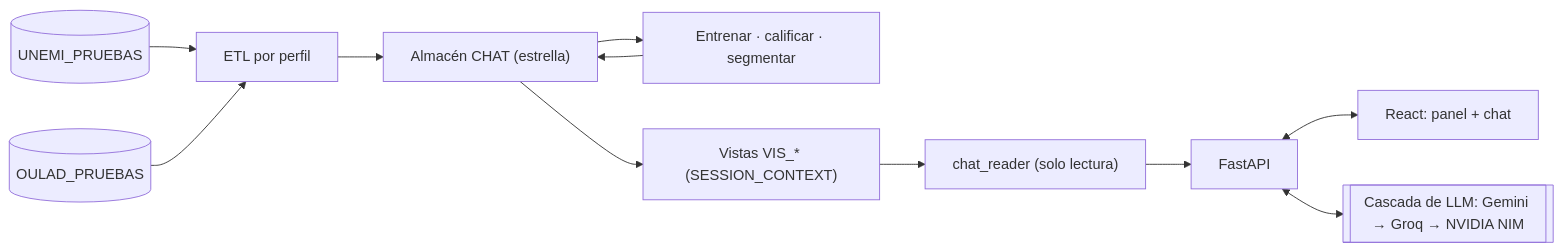
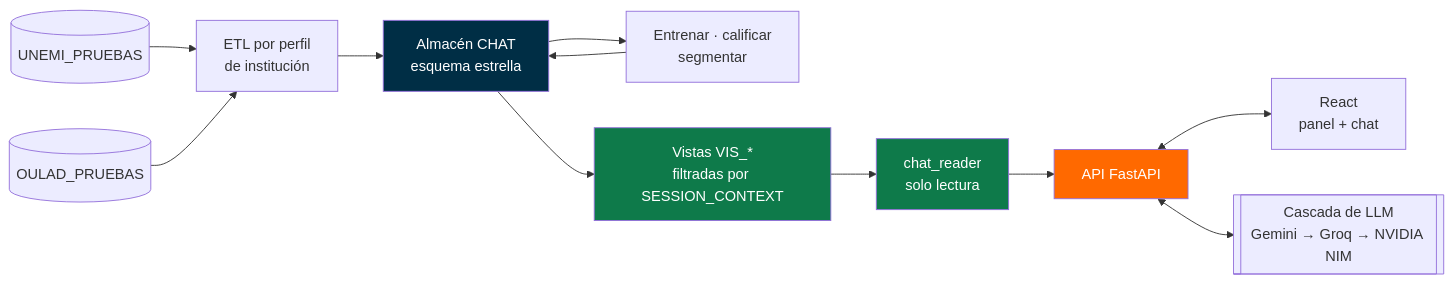
The diagram in README.md (Vm199524/PROYECTO-TITULACION-MARLON-VICTOR-UNEMI), drawn with Mermaid before and after one commit. The commit also changed other lines of this file, not shown here.

````diff
--- a/README.md
+++ b/README.md
@@ -56,10 +144,15 @@
 ```mermaid
 flowchart LR
-  U[("UNEMI_PRUEBAS")] --> E["ETL por perfil"]
+  U[("UNEMI_PRUEBAS")] --> E["ETL por perfil<br/>de institución"]
   O[("OULAD_PRUEBAS")] --> E
-  E --> W["Almacén CHAT (estrella)"]
-  W --> ML["Entrenar · calificar · segmentar"] --> W
-  W --> V["Vistas VIS_* (SESSION_CONTEXT)"] --> R["chat_reader (solo lectura)"] --> API["FastAPI"]
-  API <--> UI["React: panel + chat"]
-  API <--> LLM[["Cascada de LLM: Gemini → Groq → NVIDIA NIM"]]
+  E --> W["Almacén CHAT<br/>esquema estrella"]
+  W --> ML["Entrenar · calificar<br/>segmentar"] --> W
+  W --> V["Vistas VIS_*<br/>filtradas por SESSION_CONTEXT"] --> R["chat_reader<br/>solo lectura"] --> API["API FastAPI"]
+  API <--> UI["React<br/>panel + chat"]
+  API <--> LLM[["Cascada de LLM<br/>Gemini → Groq → NVIDIA NIM"]]
+
+  style W fill:#002E45,color:#fff
+  style V fill:#0E7A4A,color:#fff
+  style R fill:#0E7A4A,color:#fff
+  style API fill:#FF6900,color:#fff
 ```
````
